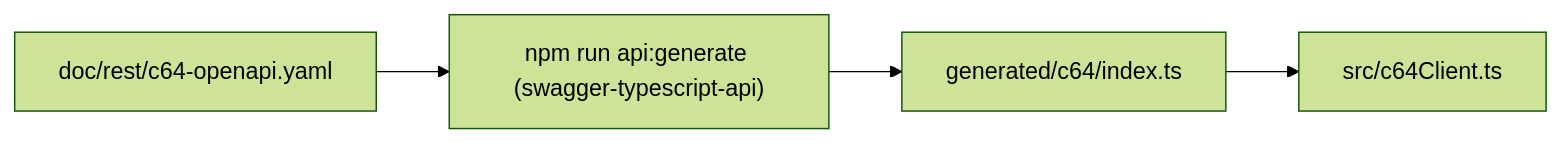
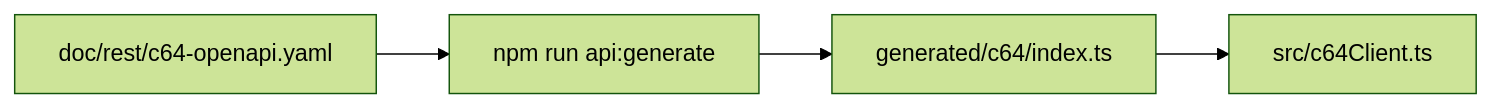
Before and after one commit to chrisgleissner/c64-mcp: the second of 2 diagrams in doc/developer.md, drawn with Mermaid (forest theme). The commit also changed other lines of this file and 3 other files, not shown here.

````diff
--- a/doc/developer.md
+++ b/doc/developer.md
@@ -78,9 +111,9 @@
 ```mermaid
 flowchart LR
   OpenAPI["doc/rest/c64-openapi.yaml"]
-    Generator["npm run api:generate (swagger-typescript-api)"]
-    Generated["generated/c64/index.ts"]
-    Facade["src/c64Client.ts"]
+  Generator["npm run api:generate"]
+  Generated["generated/c64/index.ts"]
+  Facade["src/c64Client.ts"]
 
-    OpenAPI --> Generator --> Generated --> Facade
+  OpenAPI --> Generator --> Generated --> Facade
 ```
````
